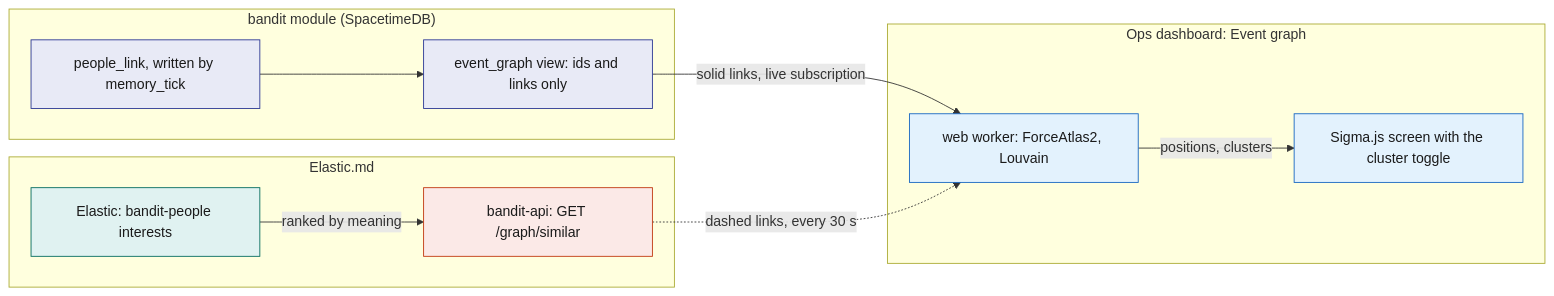
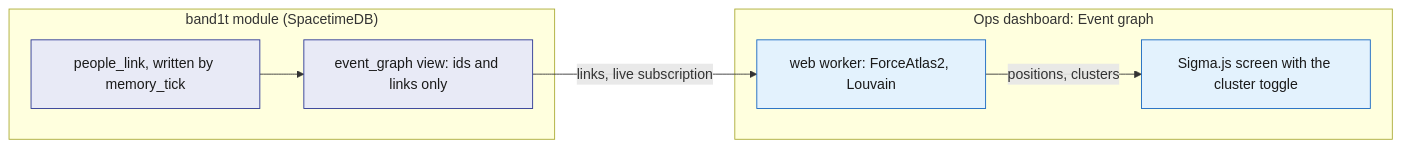
Before and after one commit to viktorinkov/cal-hacks-13: the fourth of 4 diagrams in System Design/5-apps/Ops-Dashboard.md, drawn with Mermaid. The commit also changed other lines of this file and 21 other files, not shown here.

````diff
--- a/System Design/5-apps/Ops-Dashboard.md
+++ b/System Design/5-apps/Ops-Dashboard.md
@@ -267,28 +281,18 @@
 ```mermaid
 flowchart LR
-    subgraph M["bandit module (SpacetimeDB)"]
+    subgraph M["band1t module (SpacetimeDB)"]
         PL["people_link, written by memory_tick"]
         EG["event_graph view: ids and links only"]
-    end
-    subgraph E["Elastic.md"]
-        API["bandit-api: GET /graph/similar"]
-        ES["Elastic: bandit-people interests"]
     end
     subgraph D["Ops dashboard: Event graph"]
         W["web worker: ForceAtlas2, Louvain"]
         S["Sigma.js screen with the cluster toggle"]
     end
     PL --> EG
-    EG -->|"solid links, live subscription"| W
-    ES -->|"ranked by meaning"| API
-    API -.->|"dashed links, every 30 s"| W
+    EG -->|"links, live subscription"| W
     W -->|"positions, clusters"| S
     classDef stdb fill:#E8EAF6,stroke:#283593,color:#1A1A1A
-    classDef rust fill:#FBE9E7,stroke:#BF360C,color:#1A1A1A
-    classDef ext fill:#E0F2F1,stroke:#00695C,color:#1A1A1A
     classDef web fill:#E3F2FD,stroke:#1565C0,color:#1A1A1A
     class PL,EG stdb
-    class API rust
-    class ES ext
     class W,S web
 ```
````
